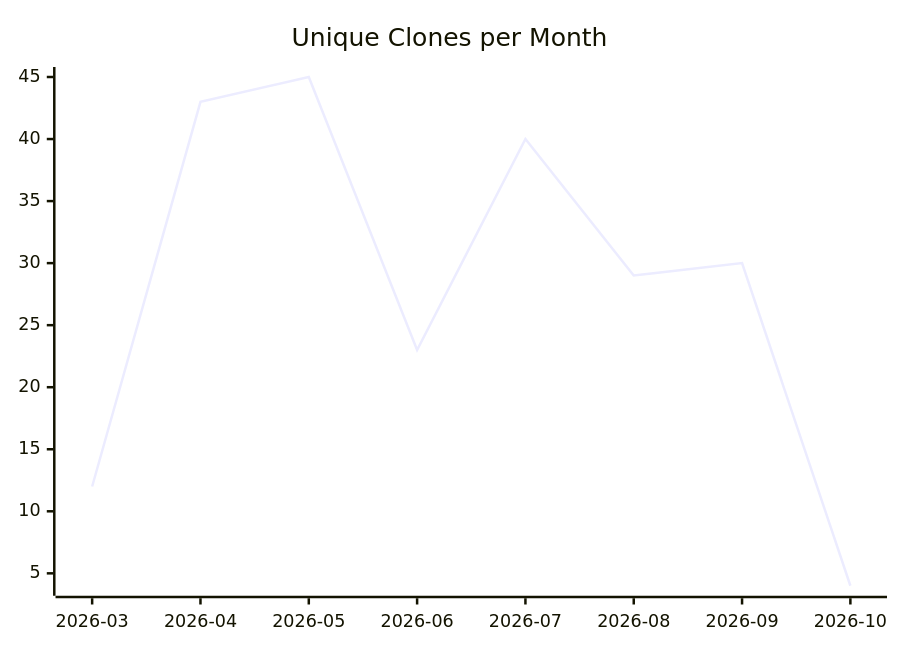
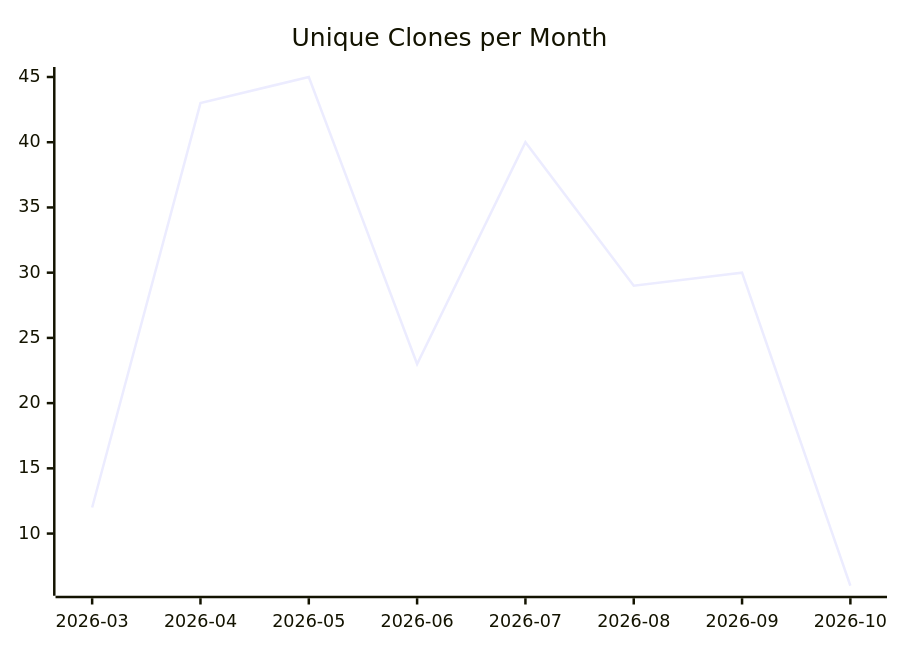
Before and after one commit to justdavis-family/github-analytics-data: the third of 3 diagrams in karlmdavis/ksoap2-android/README.md, drawn with Mermaid. The commit also changed other lines of this file and 201 other files, not shown here.

````diff
--- a/karlmdavis/ksoap2-android/README.md
+++ b/karlmdavis/ksoap2-android/README.md
@@ -19,6 +19,6 @@
 ```mermaid
 xychart-beta
   title "Unique Clones per Month"
   x-axis ["2026-03", "2026-04", "2026-05", "2026-06", "2026-07", "2026-08", "2026-09", "2026-10"]
-  line [12, 43, 45, 23, 40, 29, 30, 4]
+  line [12, 43, 45, 23, 40, 29, 30, 6]
 ```
````
